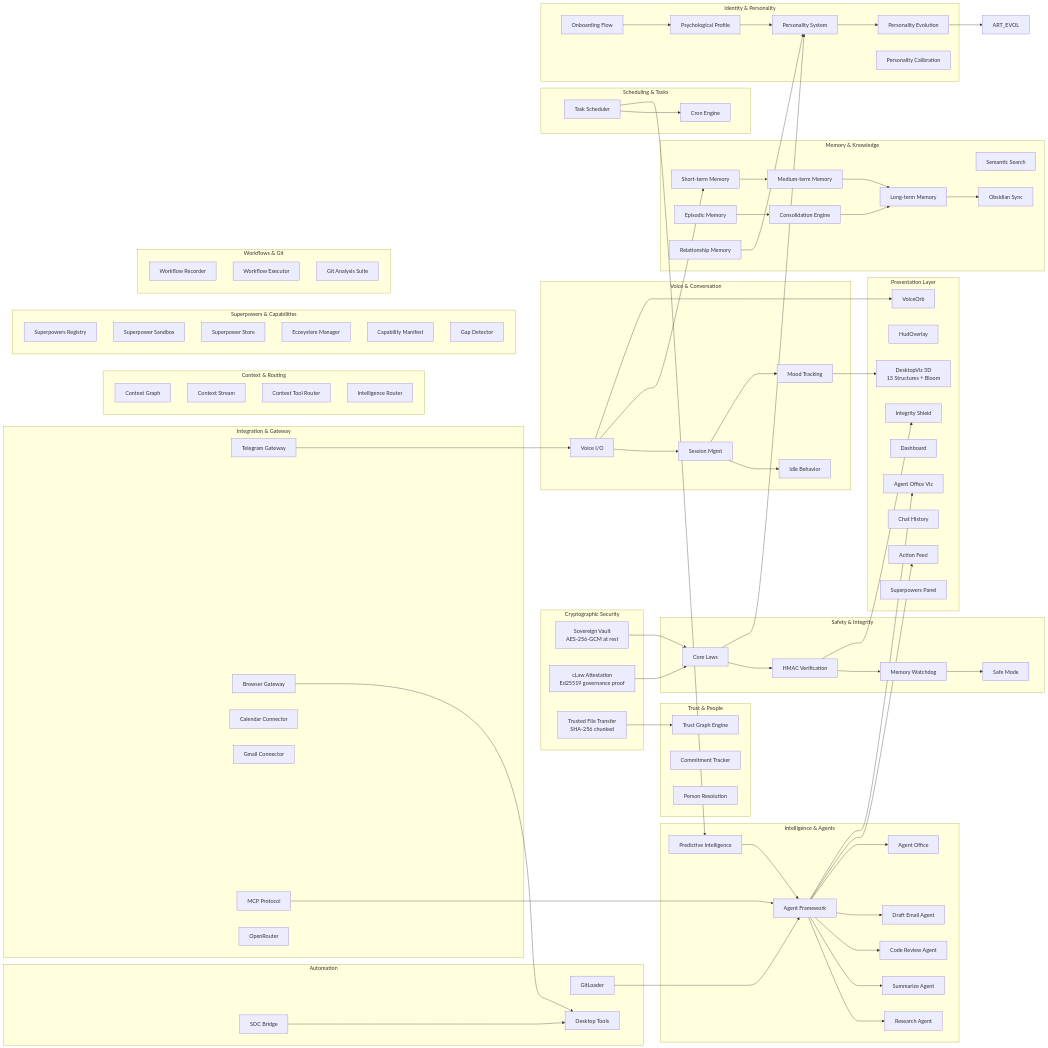
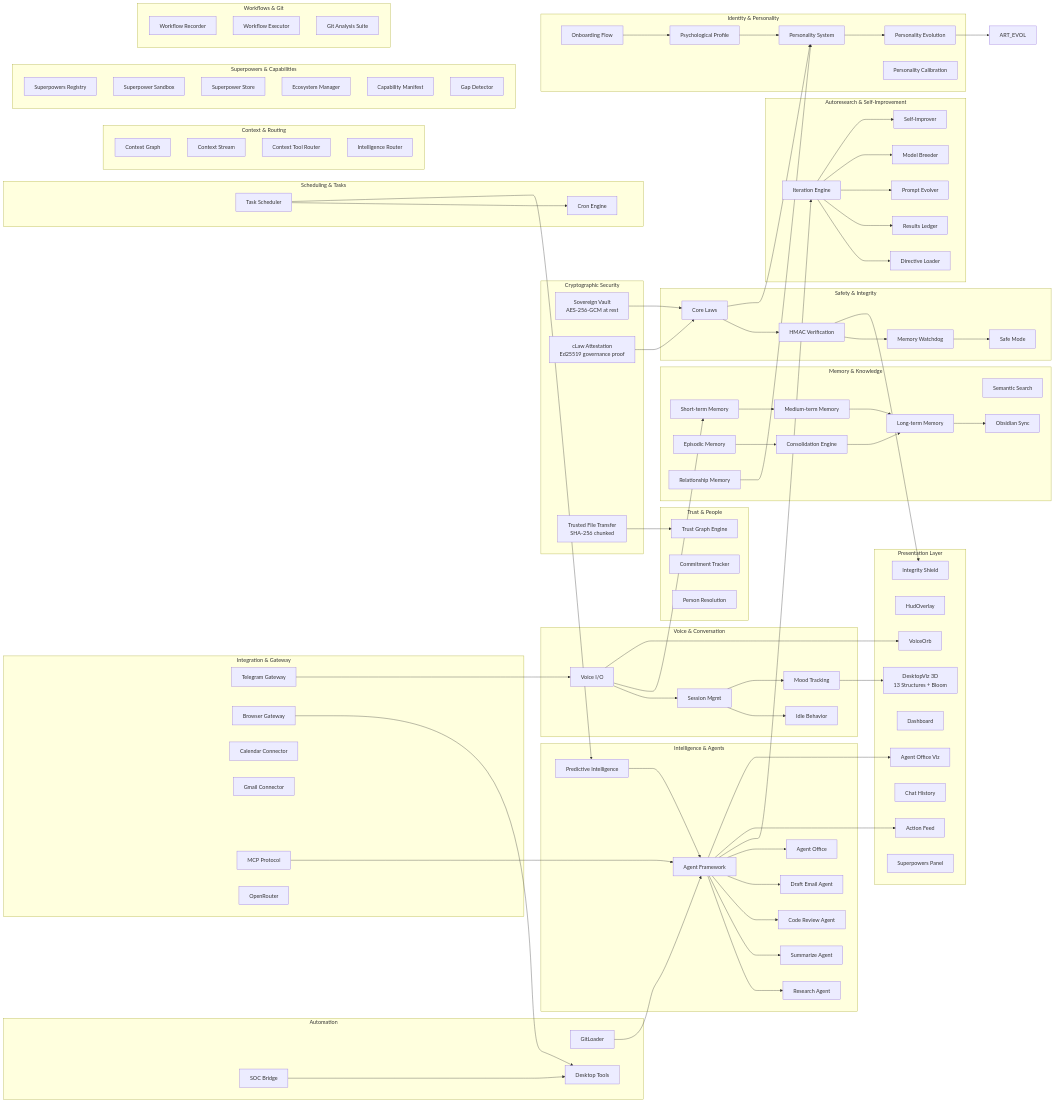
Before and after one commit to FutureSpeakAI/Agent-Friday: the second of 19 diagrams in ARCHITECTURE.md, drawn with Mermaid. The commit also changed other lines of this file and 27 other files, not shown here.

```diff
--- a/ARCHITECTURE.md
+++ b/ARCHITECTURE.md
@@ -153,6 +153,15 @@
         CODE_REV[Code Review Agent]
         DRAFT[Draft Email Agent]
         OFFICE_MGR[Agent Office]
+    end
+
+    subgraph "Autoresearch & Self-Improvement"
+        ITER_LOOP[Iteration Engine]
+        DIR_PARSE[Directive Loader]
+        LEDGER[Results Ledger]
+        PROMPT_MUT[Prompt Evolver]
+        MODEL_SEL[Model Breeder]
+        TUNABLE_ADJ[Self-Improver]
     end
 
     subgraph "Safety & Integrity"
@@ -254,6 +263,13 @@
     AGENT_FW --> DRAFT
     AGENT_FW --> OFFICE_MGR
 
+    ITER_LOOP --> DIR_PARSE
+    ITER_LOOP --> LEDGER
+    ITER_LOOP --> PROMPT_MUT
+    ITER_LOOP --> MODEL_SEL
+    ITER_LOOP --> TUNABLE_ADJ
+    AGENT_FW --> ITER_LOOP
+
     CLAWS --> HMAC_SYS
     HMAC_SYS --> WATCHDOG
     WATCHDOG --> SAFE_MODE
```
